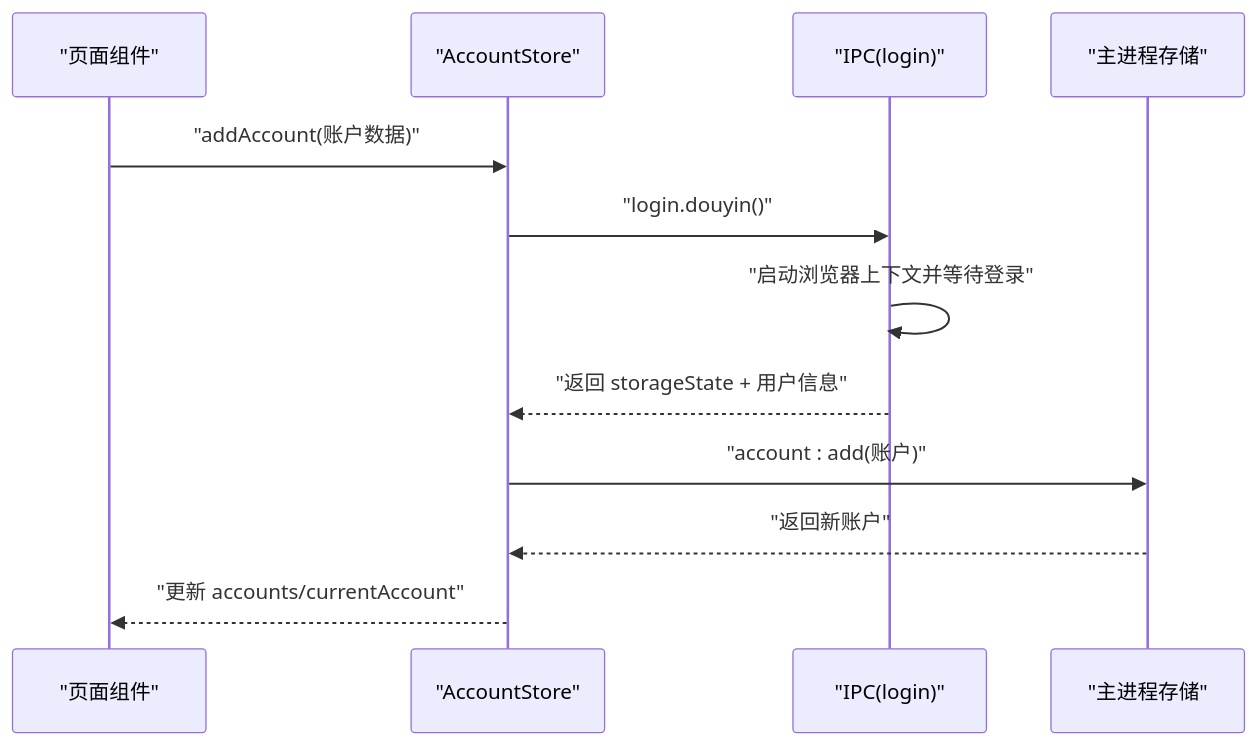
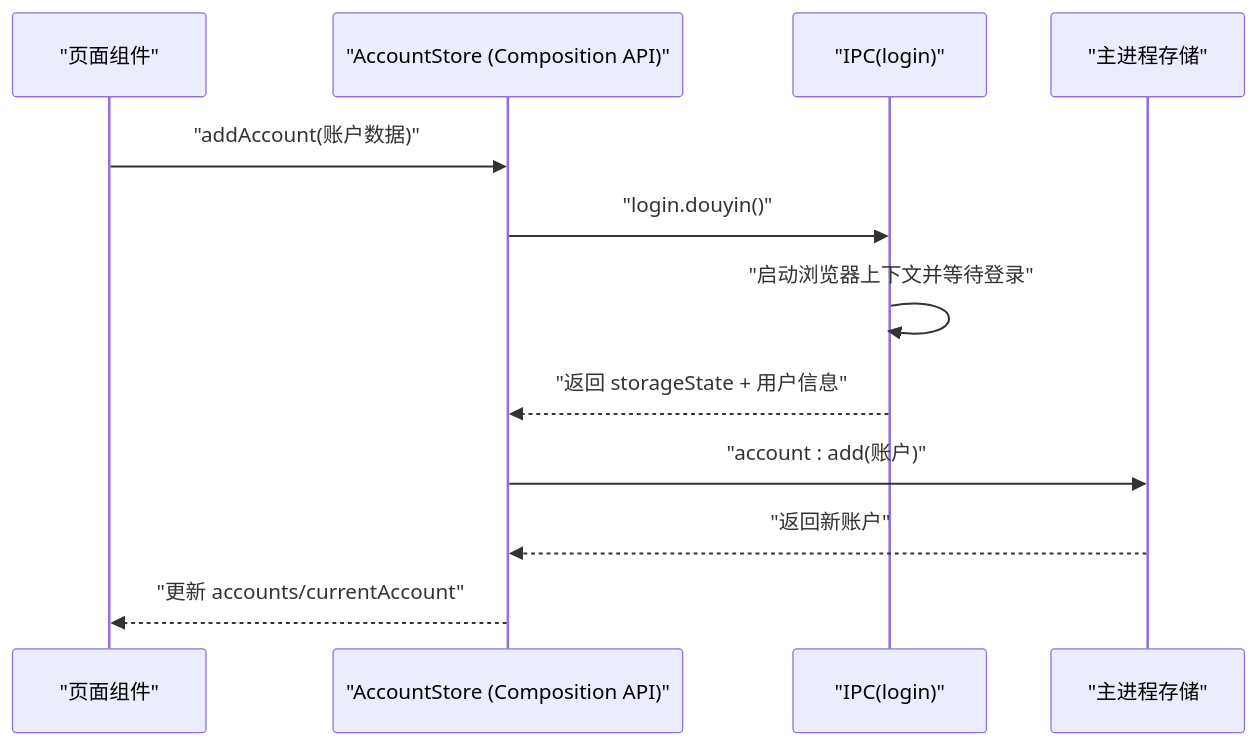
Before and after one commit to hipig/autoOps: the fourth of 9 diagrams in .qoder/repowiki/zh/content/状态管理/账号状态管理.md, drawn with Mermaid. The commit also changed other lines of this file and 37 other files, not shown here.

````diff
--- a/.qoder/repowiki/zh/content/状态管理/账号状态管理.md
+++ b/.qoder/repowiki/zh/content/状态管理/账号状态管理.md
@@ -201,14 +220,14 @@
 ```mermaid
 sequenceDiagram
 participant P as "页面组件"
-participant S as "AccountStore"
+participant S as "AccountStore (Composition API)"
 participant I as "IPC(login)"
 participant D as "主进程存储"
 P->>S : "addAccount(账户数据)"
 S->>I : "login.douyin()"
 I->>I : "启动浏览器上下文并等待登录"
 I-->>S : "返回 storageState + 用户信息"
 S->>D : "account : add(账户)"
 D-->>S : "返回新账户"
 S-->>P : "更新 accounts/currentAccount"
 ```
````
